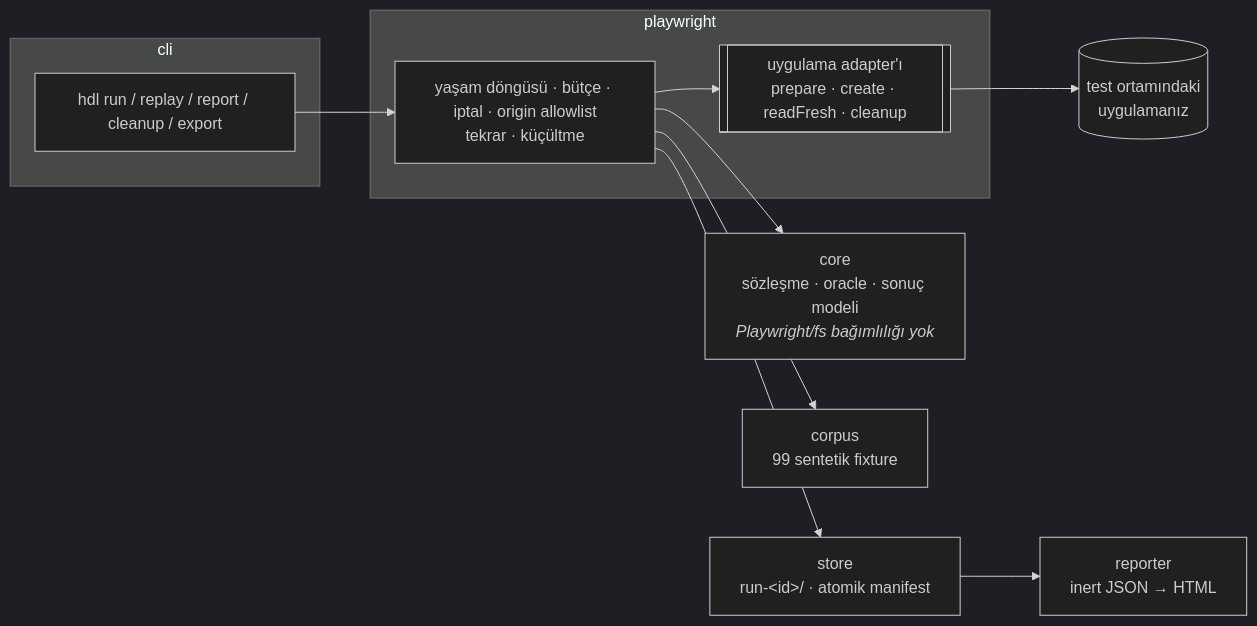
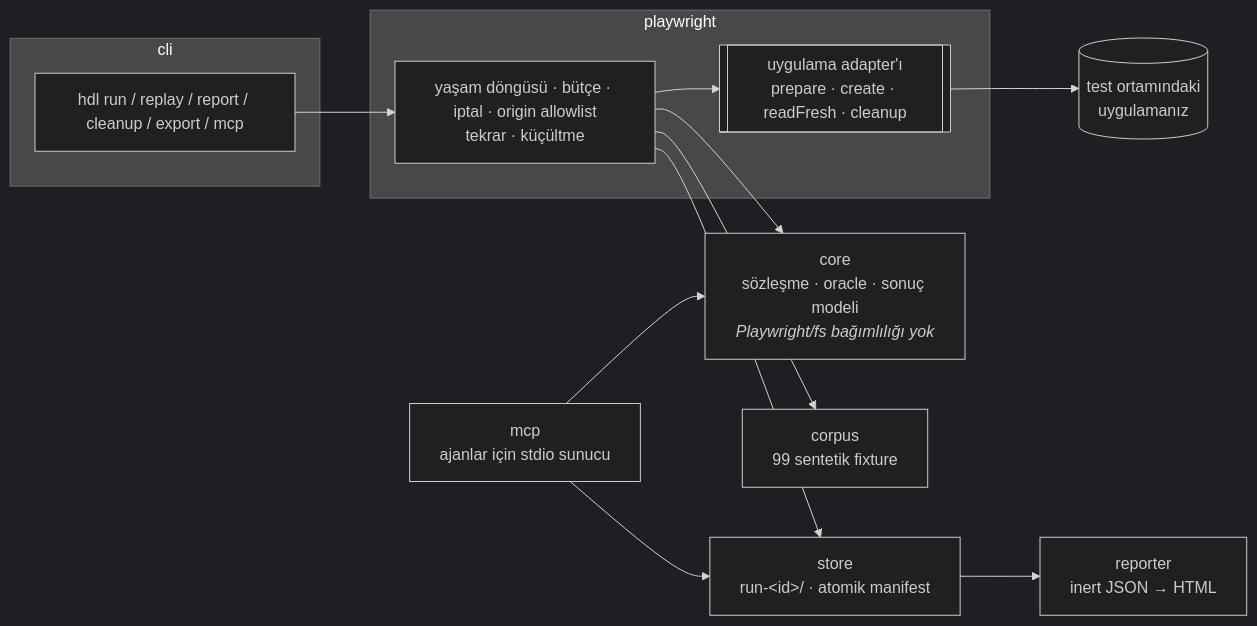
Before and after one commit to ferattass/human-data-lab: the diagram in README.md, drawn with Mermaid (dark theme). The commit also changed other lines of this file and 31 other files, not shown here.

````diff
--- a/README.md
+++ b/README.md
@@ -61,18 +65,21 @@
 ```mermaid
 flowchart LR
   subgraph cli[cli]
-    run[hdl run / replay / report / cleanup / export]
+    run[hdl run / replay / report / cleanup / export / mcp]
   end
   subgraph pw[playwright]
     life[yaşam döngüsü · bütçe · iptal · origin allowlist<br/>tekrar · küçültme]
     ad[[uygulama adapter'ı<br/>prepare · create · readFresh · cleanup]]
   end
   core[core<br/>sözleşme · oracle · sonuç modeli<br/><i>Playwright/fs bağımlılığı yok</i>]
   corpus[corpus<br/>99 sentetik fixture]
   store[store<br/>run-&lt;id&gt;/ · atomik manifest]
   rep[reporter<br/>inert JSON → HTML]
+  mcp[mcp<br/>ajanlar için stdio sunucu]
   run --> life --> ad --> app[(test ortamındaki<br/>uygulamanız)]
   life --> core
   life --> corpus
   life --> store --> rep
+  mcp --> core
+  mcp --> store
 ```
````
